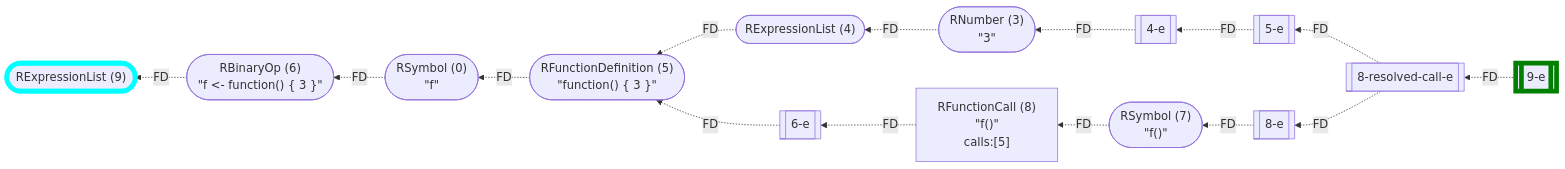
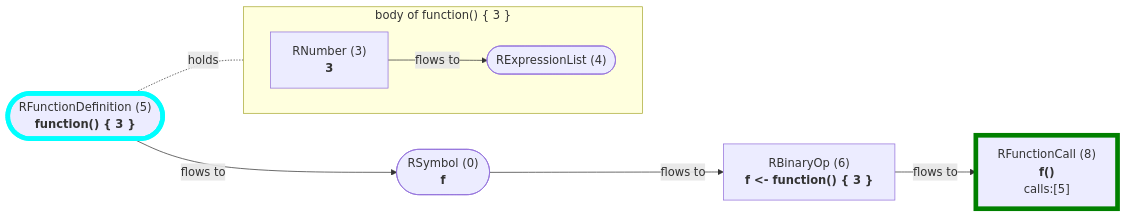
Before and after one commit to flowr-analysis/flowr: the sixth of 22 diagrams in wiki/Control Flow Graph.md, drawn with Mermaid. The commit also changed other lines of this file and 141 other files, not shown here.

````diff
--- a/wiki/Control Flow Graph.md
+++ b/wiki/Control Flow Graph.md
@@ -352,39 +324,24 @@
 ```mermaid
-flowchart RL
-    n9(["`RExpressionList (9)`"])
+flowchart LR
+    n5(["`RFunctionDefinition (5)
+**function() #123; 3 #125;**`"])
+    subgraph n5-body ["body of function() #123; 3 #125;"]
+        direction LR
+    n3["`RNumber (3)
+**3**`"]
+    n4(["`RExpressionList (4)`"])
+    end
     n0(["`RSymbol (0)
-#34;f#34;`"])
-    n5-e[[5-e]]
-    n5(["`RFunctionDefinition (5)
-#34;function() #123; 3 #125;#34;`"])
-    n4(["`RExpressionList (4)`"])
-    n3(["`RNumber (3)
-#34;3#34;`"])
-    n4-e[[4-e]]
-    n6(["`RBinaryOp (6)
-#34;f #60;#45; function() #123; 3 #125;#34;`"])
-    n6-e[[6-e]]
-    n7(["`RSymbol (7)
-#34;f()#34;`"])
+**f**`"])
+    n6["`RBinaryOp (6)
+**f #60;#45; function() #123; 3 #125;**`"]
     n8["`RFunctionCall (8)
-#34;f()#34;
+**f()**
  calls:#91;5#93;`"]
-    n8-e[[8-e]]
-    n8-resolved-call-e[[8-resolved-call-e]]
-    n9-e[[9-e]]
-    n6 -.->|"FD"| n9
-    n3 -.->|"FD"| n4
-    n4-e -.->|"FD"| n3
-    n4 -.->|"FD"| n5
-    n5-e -.->|"FD"| n4-e
-    n5 -.->|"FD"| n0
-    n0 -.->|"FD"| n6
-    n6-e -.->|"FD"| n5
-    n8 -.->|"FD"| n6-e
-    n7 -.->|"FD"| n8
-    n8-e -.->|"FD"| n7
-    n8-resolved-call-e -.->|"FD"| n8-e
-    n8-resolved-call-e -.->|"FD"| n5-e
-    n9-e -.->|"FD"| n8-resolved-call-e
-    style n9 stroke:cyan,stroke-width:6.5px;    style n9-e stroke:green,stroke-width:6.5px;
+    n3 -->|"flows to"| n4
+    n6 -->|"flows to"| n8
+    n5 -->|"flows to"| n0
+    n0 -->|"flows to"| n6
+    n5 -. holds .- n3
+    style n5 stroke:cyan,stroke-width:6.5px;    style n8 stroke:green,stroke-width:6.5px;
 ```
````
